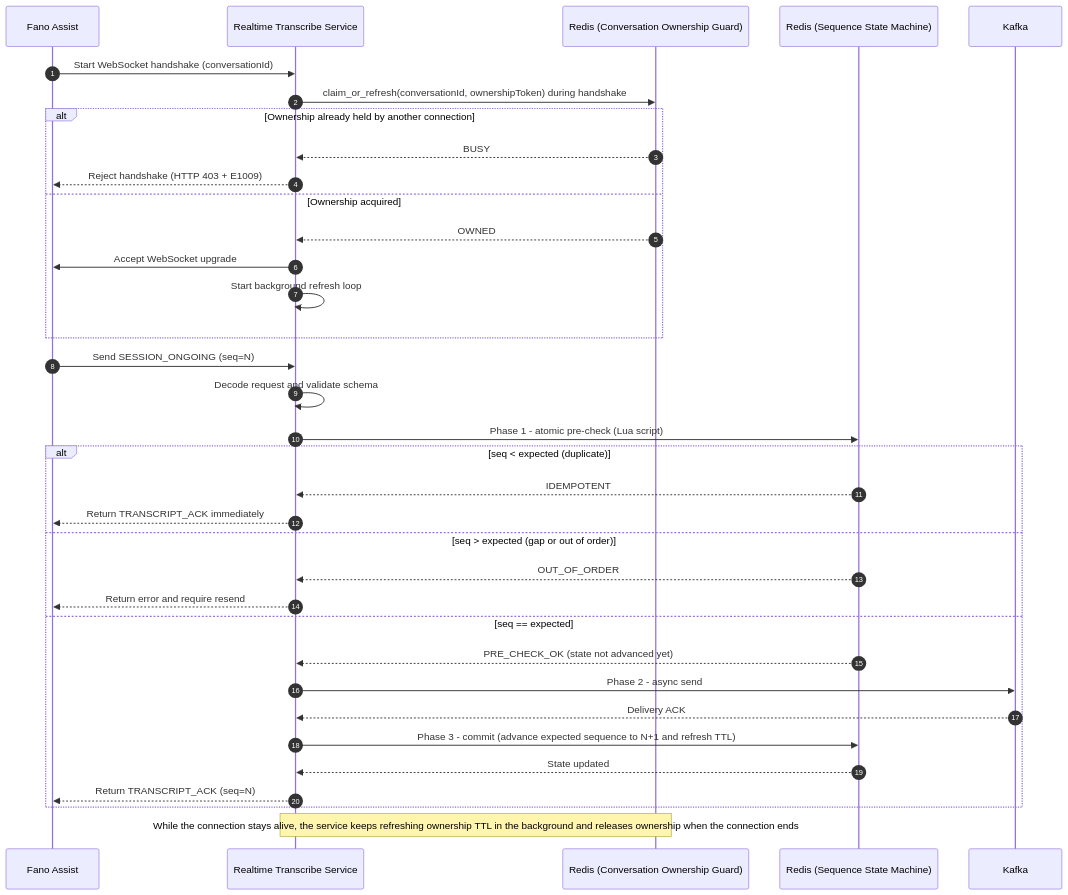
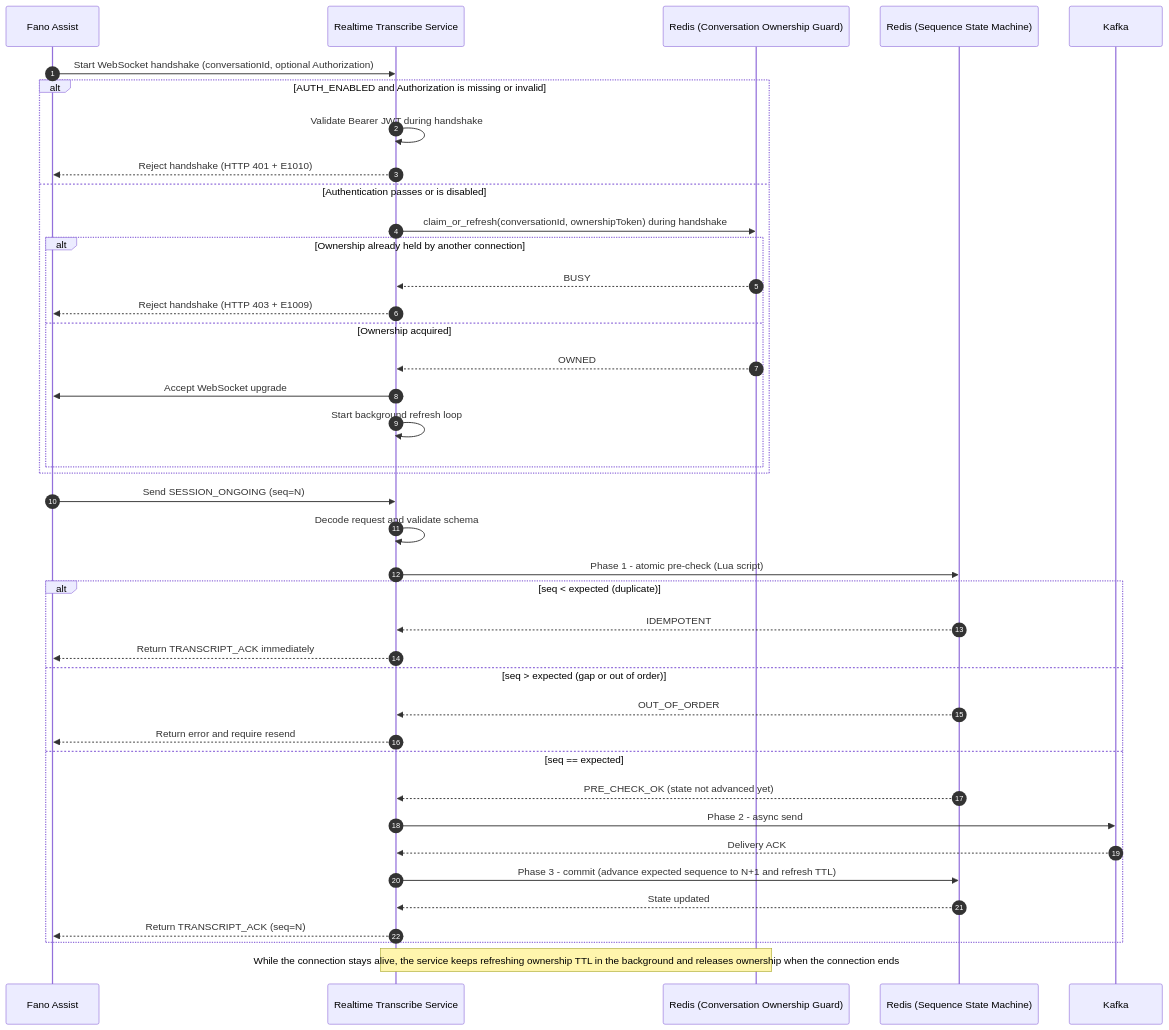
One commit to xiaodouya001/transcribe_service changed the third of 6 diagrams in docs/design/app-design.md. Above: the diagram before and after it, drawn with Mermaid. The commit also changed other lines of this file and 8 other files, not shown here.

````diff
--- a/docs/design/app-design.md
+++ b/docs/design/app-design.md
@@ -110,44 +111,49 @@
 ```mermaid
 sequenceDiagram
     autonumber
     participant Upstream as Fano Assist
     participant Trans as Realtime Transcribe Service
     participant RedisOwnership as Redis (Conversation Ownership Guard)
     participant RedisState as Redis (Sequence State Machine)
     participant Kafka as Kafka
 
-    Upstream->>Trans: Start WebSocket handshake (conversationId)
-    Trans->>RedisOwnership: claim_or_refresh(conversationId, ownershipToken) during handshake
-    alt Ownership already held by another connection
-        RedisOwnership-->>Trans: BUSY
-        Trans-->>Upstream: Reject handshake (HTTP 403 + E1009)
-    else Ownership acquired
-        RedisOwnership-->>Trans: OWNED
-        Trans->>Upstream: Accept WebSocket upgrade
-        Trans->>Trans: Start background refresh loop
+    Upstream->>Trans: Start WebSocket handshake (conversationId, optional Authorization)
+    alt AUTH_ENABLED and Authorization is missing or invalid
+        Trans->>Trans: Validate Bearer JWT during handshake
+        Trans-->>Upstream: Reject handshake (HTTP 401 + E1010)
+    else Authentication passes or is disabled
+        Trans->>RedisOwnership: claim_or_refresh(conversationId, ownershipToken) during handshake
+        alt Ownership already held by another connection
+            RedisOwnership-->>Trans: BUSY
+            Trans-->>Upstream: Reject handshake (HTTP 403 + E1009)
+        else Ownership acquired
+            RedisOwnership-->>Trans: OWNED
+            Trans->>Upstream: Accept WebSocket upgrade
+            Trans->>Trans: Start background refresh loop
+        end
     end
 
     Upstream->>Trans: Send SESSION_ONGOING (seq=N)
     Trans->>Trans: Decode request and validate schema
     Trans->>RedisState: Phase 1 - atomic pre-check (Lua script)
 
     alt seq < expected (duplicate)
         RedisState-->>Trans: IDEMPOTENT
         Trans-->>Upstream: Return TRANSCRIPT_ACK immediately
     else seq > expected (gap or out of order)
         RedisState-->>Trans: OUT_OF_ORDER
         Trans-->>Upstream: Return error and require resend
     else seq == expected
         RedisState-->>Trans: PRE_CHECK_OK (state not advanced yet)
 
         Trans->>Kafka: Phase 2 - async send
         Kafka-->>Trans: Delivery ACK
 
         Trans->>RedisState: Phase 3 - commit (advance expected sequence to N+1 and refresh TTL)
         RedisState-->>Trans: State updated
 
         Trans-->>Upstream: Return TRANSCRIPT_ACK (seq=N)
     end
 
     Note over Trans,RedisOwnership: While the connection stays alive, the service keeps refreshing ownership TTL in the background and releases ownership when the connection ends
 ```
````
